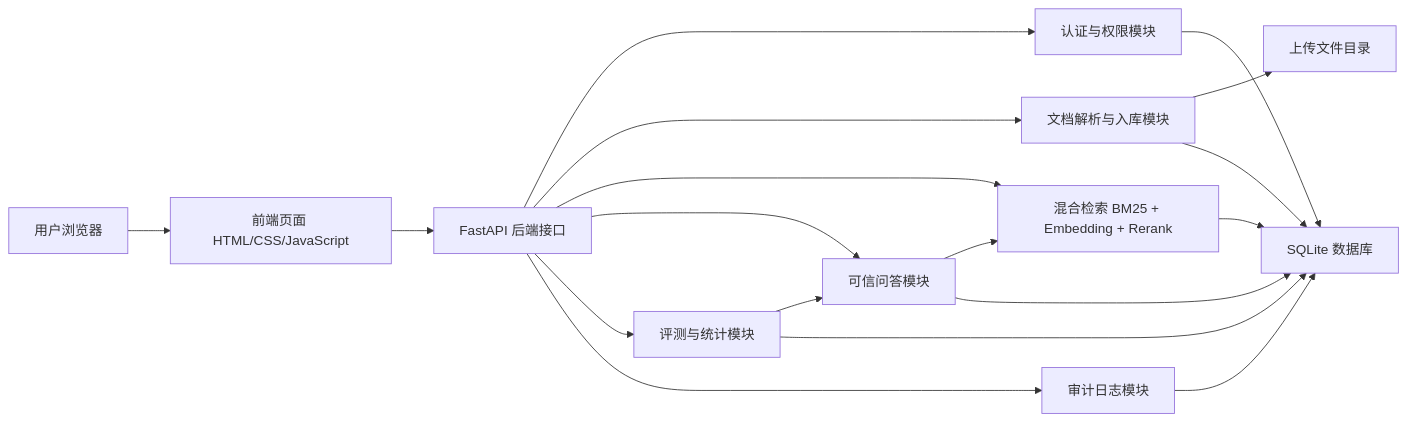
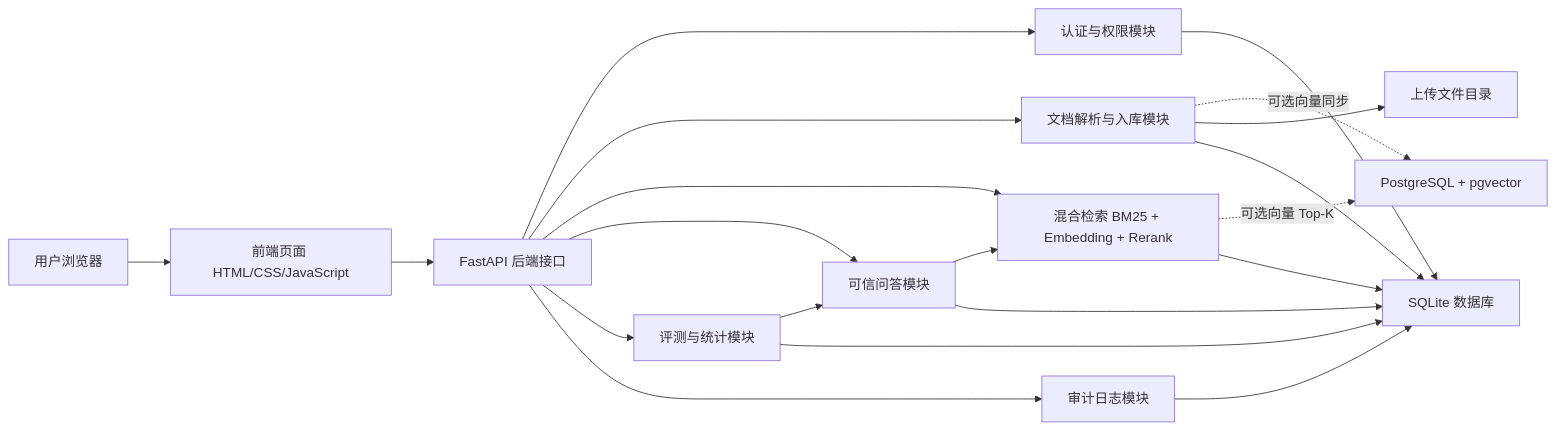
The first of 4 diagrams in docs/system_architecture.md (54sbkyc/enterprise-rag-ai-agent-platform), drawn with Mermaid before and after one commit. The commit also changed other lines of this file and 18 other files, not shown here.

````diff
--- a/docs/system_architecture.md
+++ b/docs/system_architecture.md
@@ -9,20 +9,22 @@
 ```mermaid
 flowchart LR
     U["用户浏览器"] --> F["前端页面 HTML/CSS/JavaScript"]
     F --> A["FastAPI 后端接口"]
     A --> Auth["认证与权限模块"]
     A --> Doc["文档解析与入库模块"]
     A --> Search["混合检索 BM25 + Embedding + Rerank"]
     A --> QA["可信问答模块"]
     A --> Eval["评测与统计模块"]
     A --> Audit["审计日志模块"]
     Auth --> DB["SQLite 数据库"]
+    Search -. "可选向量 Top-K" .-> PG["PostgreSQL + pgvector"]
+    Doc -. "可选向量同步" .-> PG
     Doc --> Store["上传文件目录"]
     Doc --> DB
     Search --> DB
     QA --> Search
     QA --> DB
     Eval --> QA
     Eval --> DB
     Audit --> DB
 ```
````
